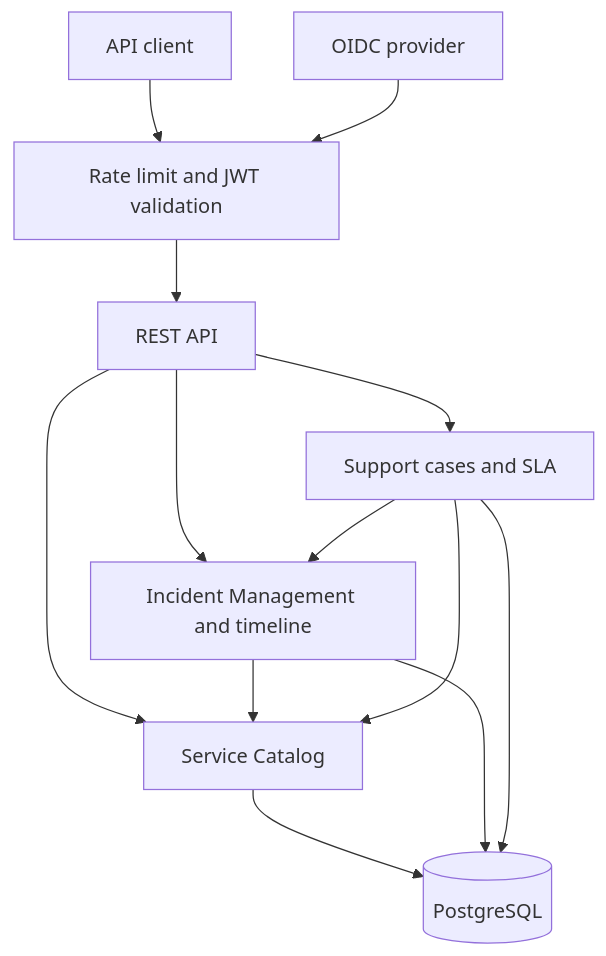
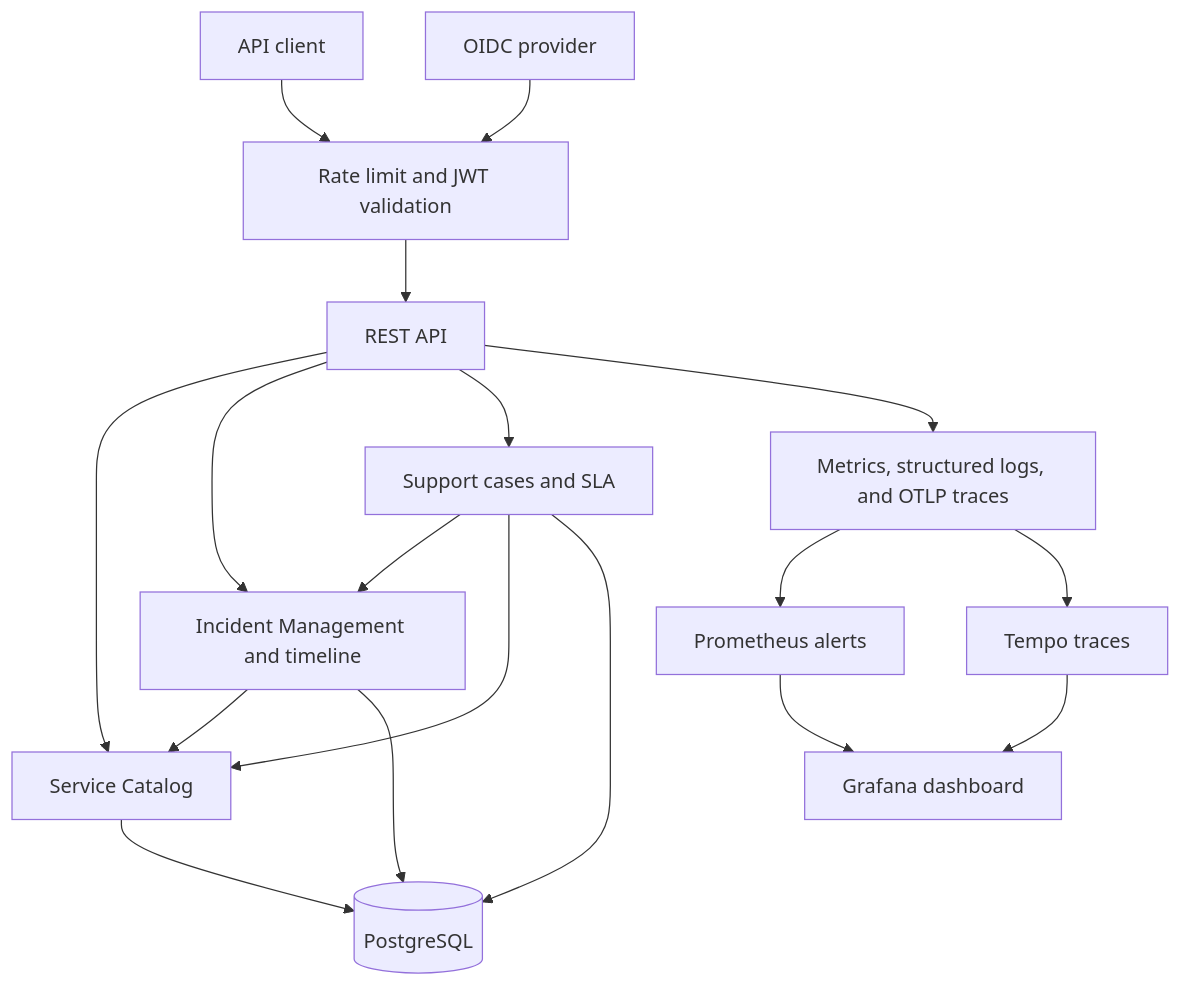
Before and after one commit to ahmadkadri978/rheinops-platform: the diagram in README.md, drawn with Mermaid. The commit also changed other lines of this file and 36 other files, not shown here.

````diff
--- a/README.md
+++ b/README.md
@@ -33,15 +35,20 @@
 ```mermaid
 flowchart TD
     Client[API client] --> Security[Rate limit and JWT validation]
     Keycloak[OIDC provider] --> Security
     Security --> Web[REST API]
     Web --> Catalog[Service Catalog]
     Web --> Incidents[Incident Management and timeline]
     Web --> Support[Support cases and SLA]
     Incidents --> Catalog
     Support --> Incidents
     Support --> Catalog
     Catalog --> Database[(PostgreSQL)]
     Incidents --> Database
     Support --> Database
+    Web --> Telemetry[Metrics, structured logs, and OTLP traces]
+    Telemetry --> Prometheus[Prometheus alerts]
+    Telemetry --> Tempo[Tempo traces]
+    Prometheus --> Grafana[Grafana dashboard]
+    Tempo --> Grafana
 ```
````
